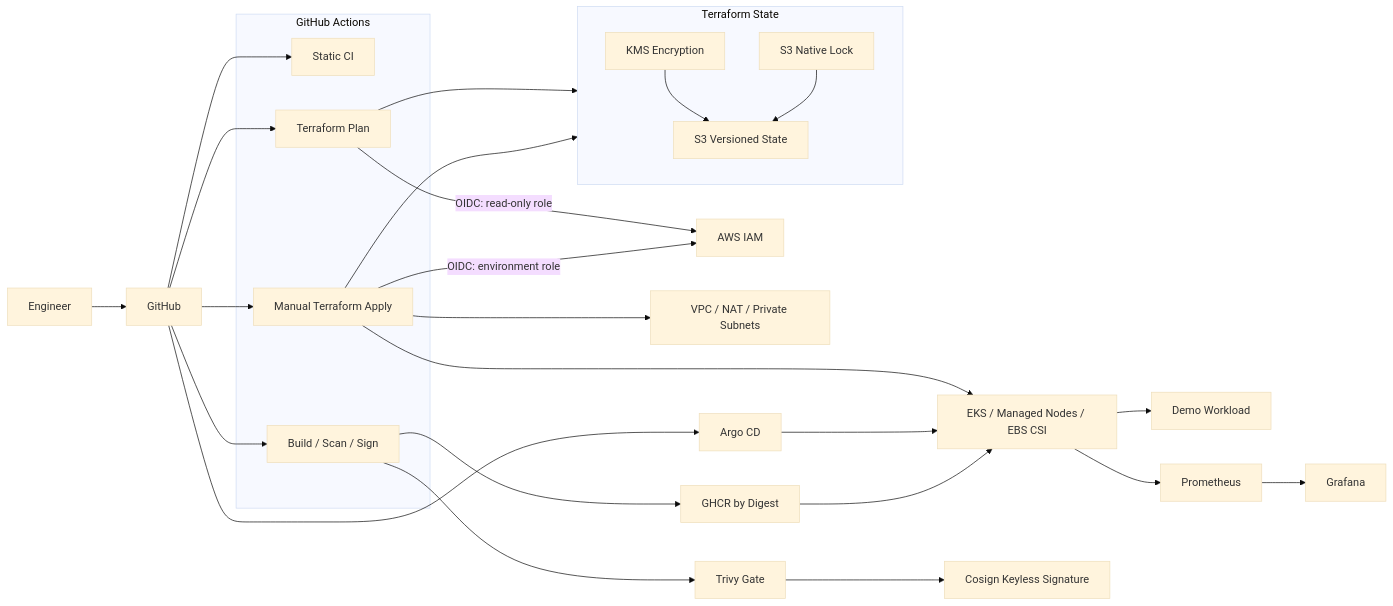
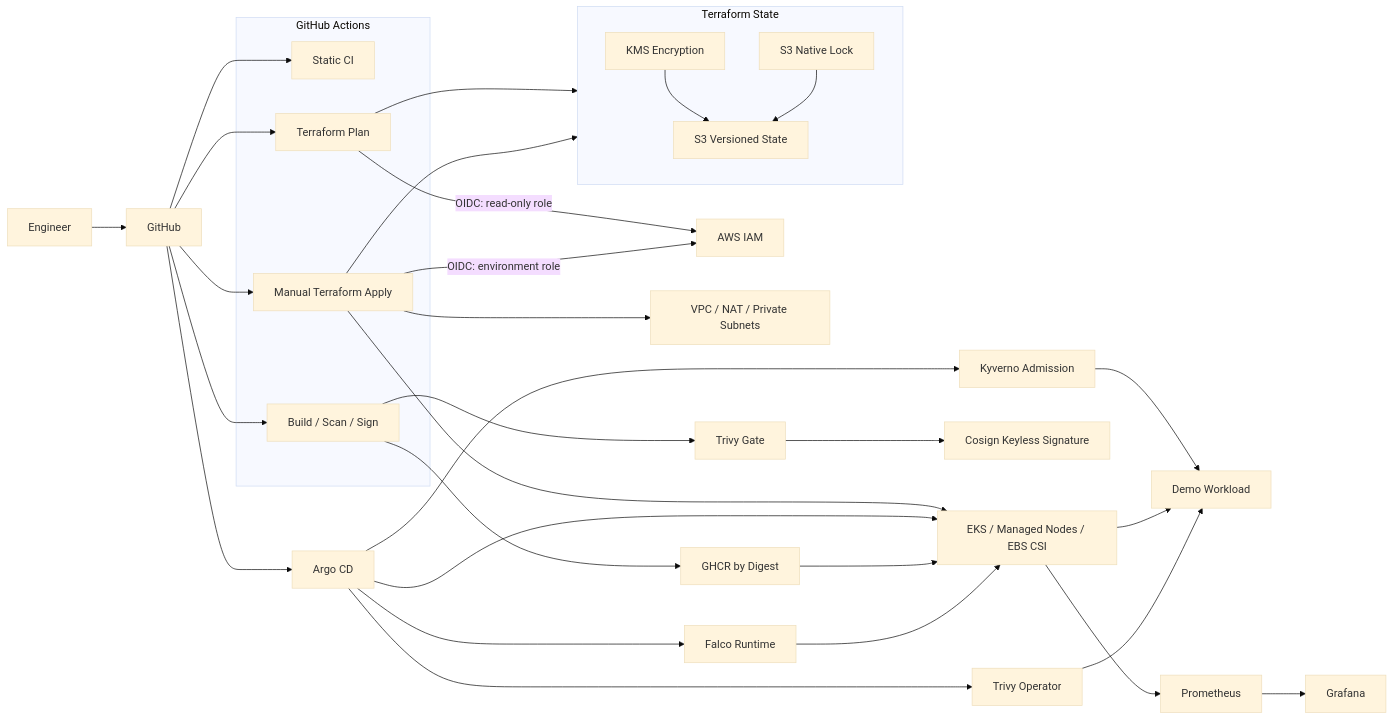
One commit to fadyy2k/platform-engineering-eks-gitops changed the diagram in README.md. Above: the diagram before and after it, drawn with Mermaid (base theme). The commit also changed other lines of this file and 20 other files, not shown here.

````diff
--- a/README.md
+++ b/README.md
@@ -16,45 +17,51 @@
 ```mermaid
 flowchart LR
     DEV[Engineer] --> GH[GitHub]
 
     subgraph CI[GitHub Actions]
       STATIC[Static CI]
       PLAN[Terraform Plan]
       APPLY[Manual Terraform Apply]
       IMG[Build / Scan / Sign]
     end
 
     GH --> STATIC
     GH --> PLAN
     GH --> APPLY
     GH --> IMG
 
     PLAN -->|OIDC: read-only role| AWSIAM[AWS IAM]
     APPLY -->|OIDC: environment role| AWSIAM
 
     subgraph STATE[Terraform State]
       S3[S3 Versioned State]
       KMS[KMS Encryption]
       LOCK[S3 Native Lock]
     end
 
     PLAN --> STATE
     APPLY --> STATE
     KMS --> S3
     LOCK --> S3
 
     APPLY --> VPC[VPC / NAT / Private Subnets]
     APPLY --> EKS[EKS / Managed Nodes / EBS CSI]
 
     IMG --> GHCR[GHCR by Digest]
     IMG --> TRIVY[Trivy Gate]
     TRIVY --> COSIGN[Cosign Keyless Signature]
 
     GH --> ARGO[Argo CD]
     ARGO --> EKS
     GHCR --> EKS
 
-    EKS --> DEMO[Demo Workload]
+    ARGO --> KYVERNO[Kyverno Admission]
+    ARGO --> TVOP[Trivy Operator]
+    ARGO --> FALCO[Falco Runtime]
+    KYVERNO --> DEMO[Demo Workload]
+    EKS --> DEMO
+    TVOP --> DEMO
+    FALCO --> EKS
     EKS --> PROM[Prometheus]
     PROM --> GRAF[Grafana]
 ```
````
